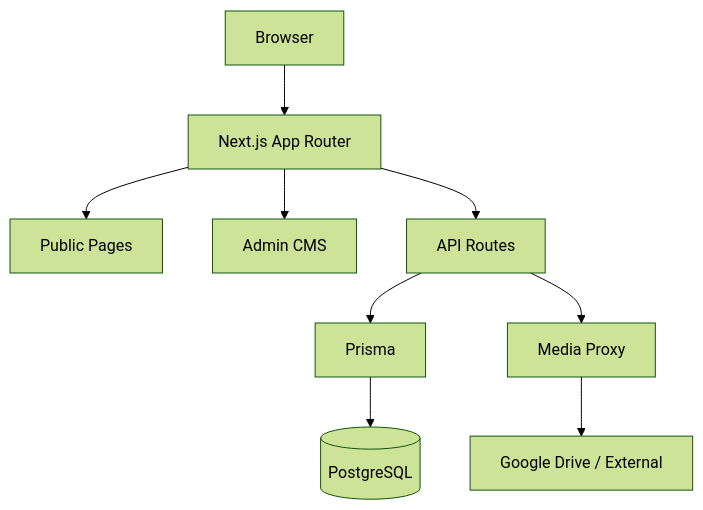
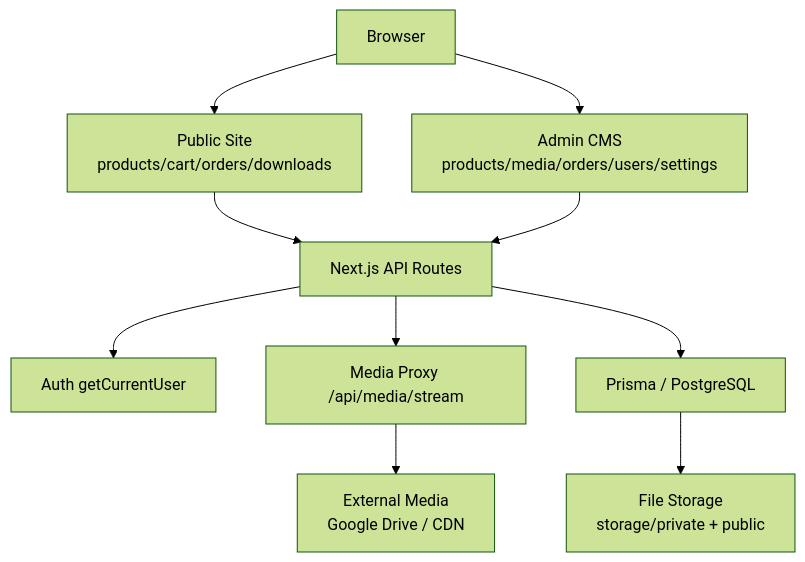
The diagram in README.md (KtsTrinh/acd-arc), drawn with Mermaid (forest theme) before and after one commit.

Commit message:
Align Mermaid architecture diagram with ASCII flow

````diff
--- a/README.md
+++ b/README.md
@@ -16,11 +16,22 @@
 ```mermaid
 graph TD
-  A[Browser] --> B[Next.js App Router]
-  B --> C[Public Pages]
-  B --> D[Admin CMS]
-  B --> E[API Routes]
-  E --> F[Prisma]
-  F --> G[(PostgreSQL)]
-  E --> H[Media Proxy]
-  H --> I[Google Drive / External]
+  A[Browser]
+  B[Public Site<br/>products/cart/orders/downloads]
+  C[Admin CMS<br/>products/media/orders/users/settings]
+  D[Next.js API Routes]
+  E[Auth getCurrentUser]
+  F[Media Proxy /api/media/stream]
+  G[Prisma / PostgreSQL]
+  H[File Storage<br/>storage/private + public]
+  I[External Media<br/>Google Drive / CDN]
+
+  A --> B
+  A --> C
+  B --> D
+  C --> D
+  D --> E
+  D --> F
+  D --> G
+  F --> I
+  G --> H
 ```
````
